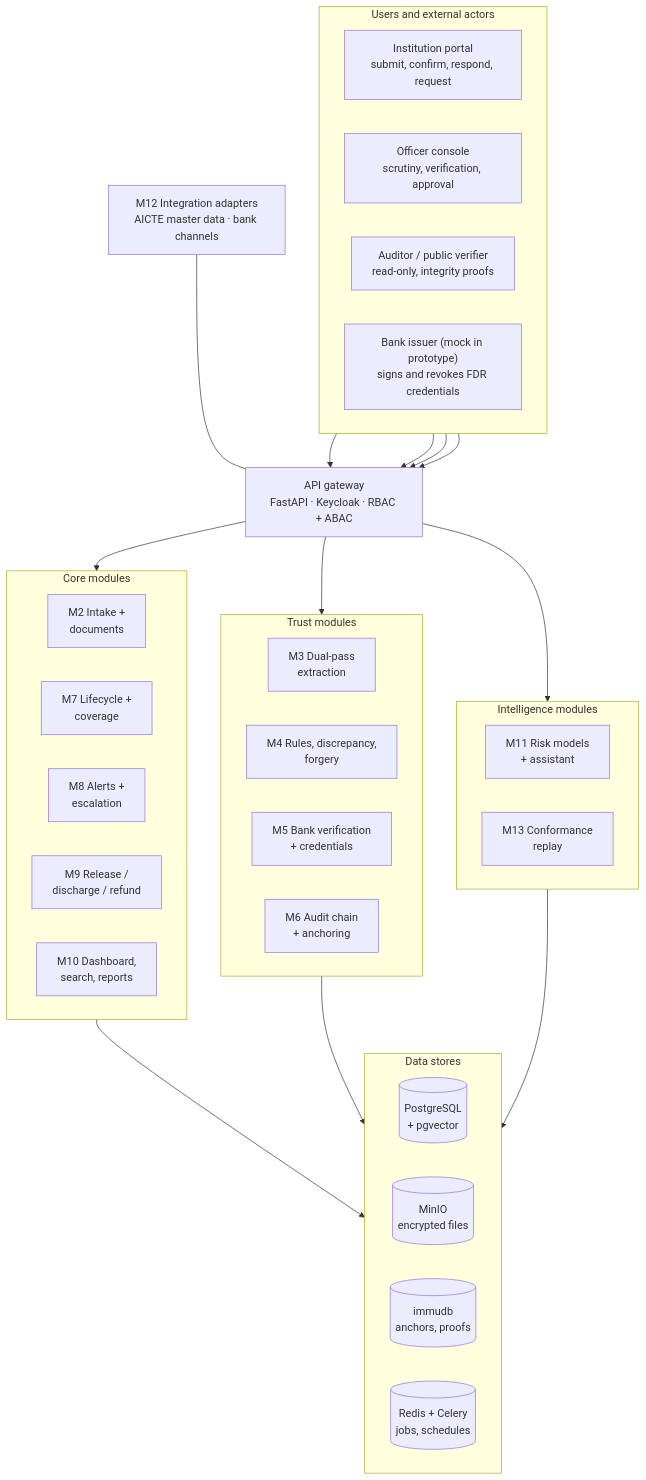
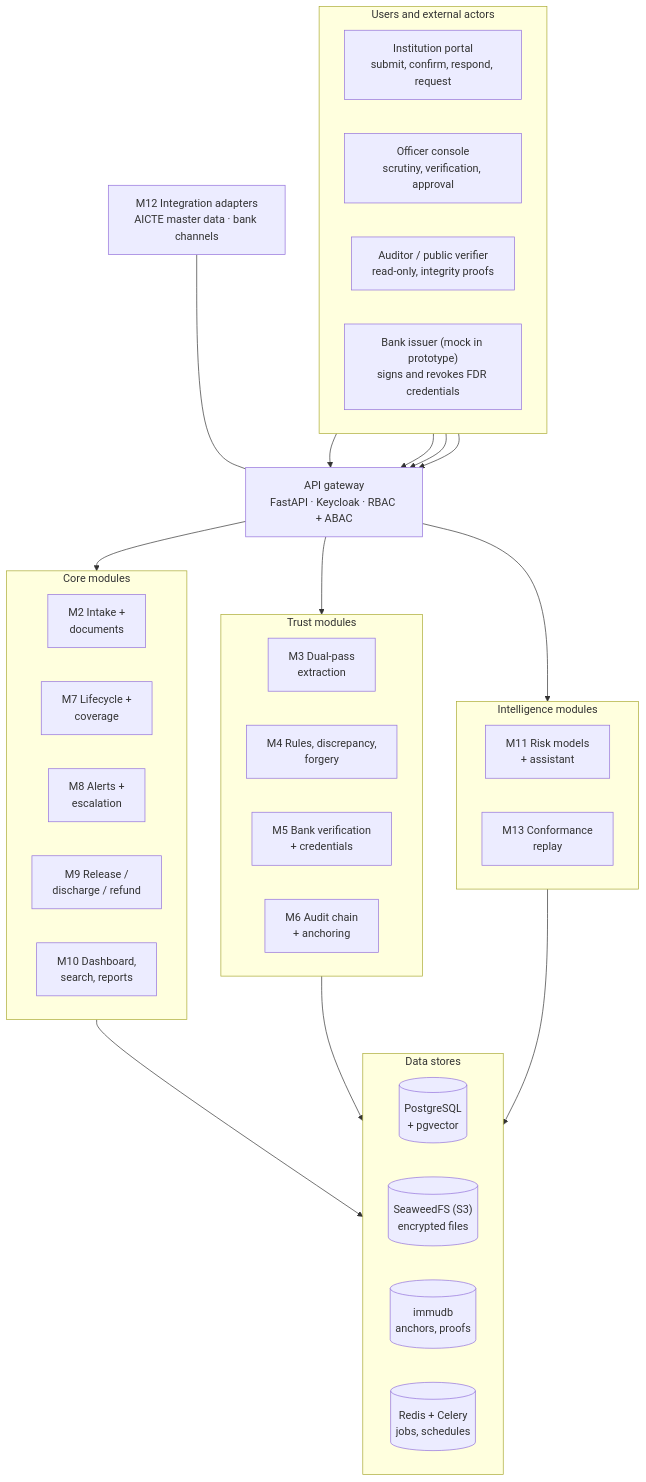
Before and after one commit to mayank-bajaj-ai24/DepositTrack-AICTE-FDR-Management: the first of 4 diagrams in README.md, drawn with Mermaid. The commit also changed other lines of this file, not shown here.

````diff
--- a/README.md
+++ b/README.md
@@ -123,57 +126,57 @@
 ```mermaid
 flowchart TB
     subgraph Actors["Users and external actors"]
         direction LR
         A1["Institution portal<br/>submit, confirm, respond, request"]
         A2["Officer console<br/>scrutiny, verification, approval"]
         A3["Auditor / public verifier<br/>read-only, integrity proofs"]
         A4["Bank issuer (mock in prototype)<br/>signs and revokes FDR credentials"]
     end
 
     GW["API gateway<br/>FastAPI · Keycloak · RBAC + ABAC"]
 
     subgraph Core["Core modules"]
         direction LR
         M2["M2 Intake +<br/>documents"]
         M7["M7 Lifecycle +<br/>coverage"]
         M8["M8 Alerts +<br/>escalation"]
         M9["M9 Release /<br/>discharge / refund"]
         M10["M10 Dashboard,<br/>search, reports"]
     end
 
     subgraph Trust["Trust modules"]
         direction LR
         M3["M3 Dual-pass<br/>extraction"]
         M4["M4 Rules, discrepancy,<br/>forgery"]
         M5["M5 Bank verification<br/>+ credentials"]
         M6["M6 Audit chain<br/>+ anchoring"]
     end
 
     subgraph Intel["Intelligence modules"]
         direction LR
         M11["M11 Risk models<br/>+ assistant"]
         M13["M13 Conformance<br/>replay"]
     end
 
     M12["M12 Integration adapters<br/>AICTE master data · bank channels"]
 
     subgraph Stores["Data stores"]
         direction LR
         D1[("PostgreSQL<br/>+ pgvector")]
-        D2[("MinIO<br/>encrypted files")]
+        D2[("SeaweedFS (S3)<br/>encrypted files")]
         D3[("immudb<br/>anchors, proofs")]
         D4[("Redis + Celery<br/>jobs, schedules")]
     end
 
     A1 --> GW
     A2 --> GW
     A3 --> GW
     A4 --> GW
     GW --> Core
     GW --> Trust
     GW --> Intel
     Core --> Stores
     Trust --> Stores
     Intel --> Stores
     M12 --- GW
 ```
````
